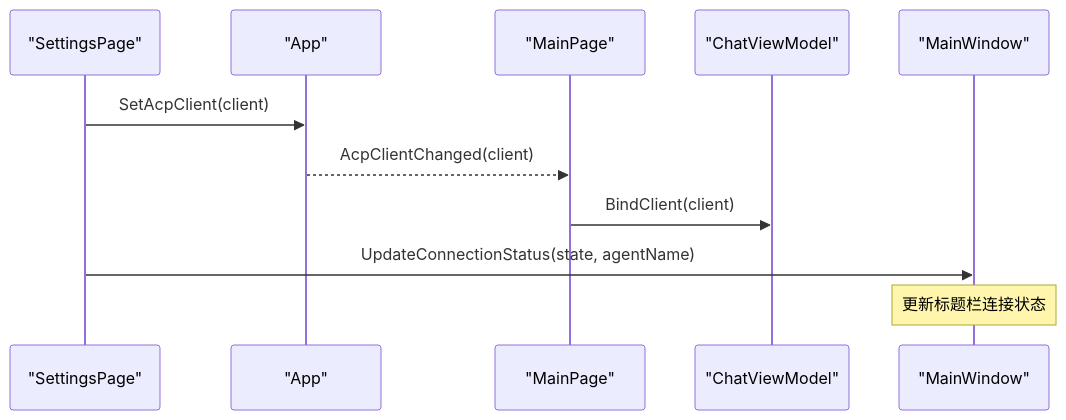
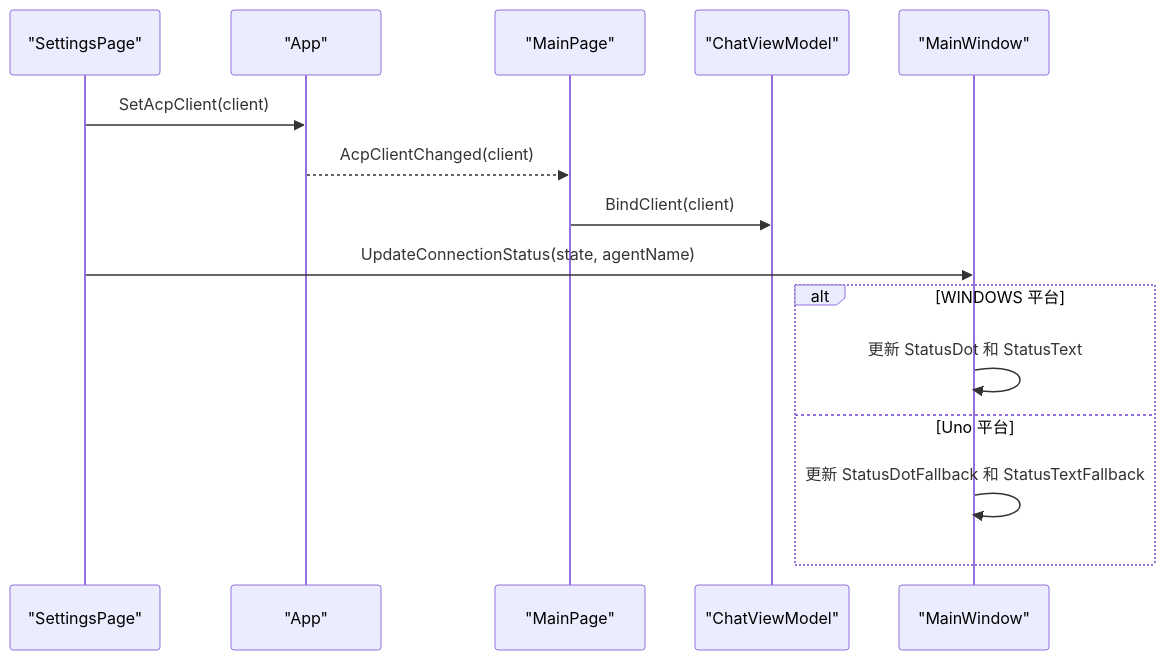
The sixth of 7 diagrams in .qoder/repowiki/zh/content/开发指南/项目结构/主窗口框架.md (AgenticDesktop/App), drawn with Mermaid before and after one commit. The commit also changed other lines of this file and 108 other files, not shown here.

````diff
--- a/.qoder/repowiki/zh/content/开发指南/项目结构/主窗口框架.md
+++ b/.qoder/repowiki/zh/content/开发指南/项目结构/主窗口框架.md
@@ -272,13 +358,17 @@
 ```mermaid
 sequenceDiagram
 participant SP as "SettingsPage"
 participant App as "App"
 participant MP as "MainPage"
 participant VM as "ChatViewModel"
 participant MW as "MainWindow"
 SP->>App : SetAcpClient(client)
 App-->>MP : AcpClientChanged(client)
 MP->>VM : BindClient(client)
 SP->>MW : UpdateConnectionStatus(state, agentName)
-Note over MW : 更新标题栏连接状态
+alt WINDOWS 平台
+MW->>MW : 更新 StatusDot 和 StatusText
+else Uno 平台
+MW->>MW : 更新 StatusDotFallback 和 StatusTextFallback
+end
 ```
````
